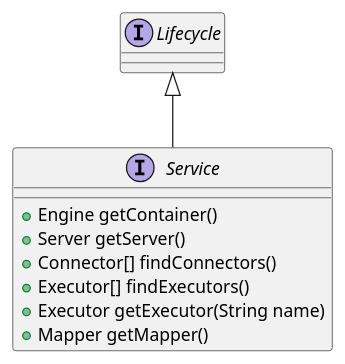
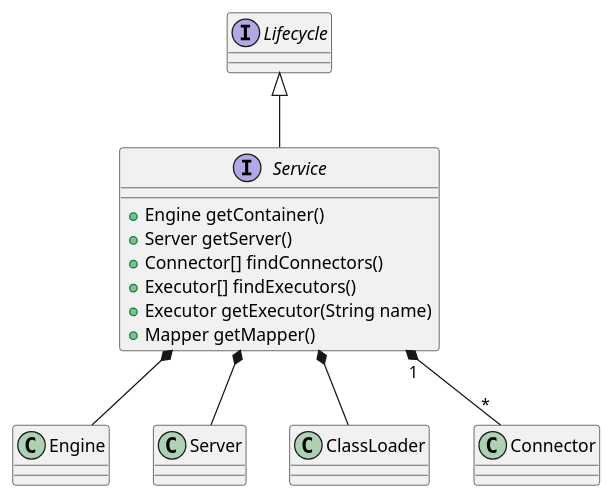
Before and after one commit to onlyonion/development: the diagram in docs/20-framework/src/tomcat/catalina/Service.md, drawn with PlantUML. The commit also changed other lines of this file and 163 other files, not shown here.

````diff
--- a/docs/20-framework/src/tomcat/catalina/Service.md
+++ b/docs/20-framework/src/tomcat/catalina/Service.md
@@ -4,18 +12,23 @@
 ```plantuml
 @startuml
+
+interface Lifecycle
+Lifecycle <|-- Service
 
 interface Service {
     + Engine getContainer()
     + Server getServer()
     + Connector[] findConnectors()
     + Executor[] findExecutors()
     + Executor getExecutor(String name)
     + Mapper getMapper()
 }
 
-interface Lifecycle
+Service *-- Engine
+Service *-- Server
+Service *-- ClassLoader
 
-Lifecycle <|-- Service
+Service "1" *-- "*" Connector
 
 @enduml
 ```
````
